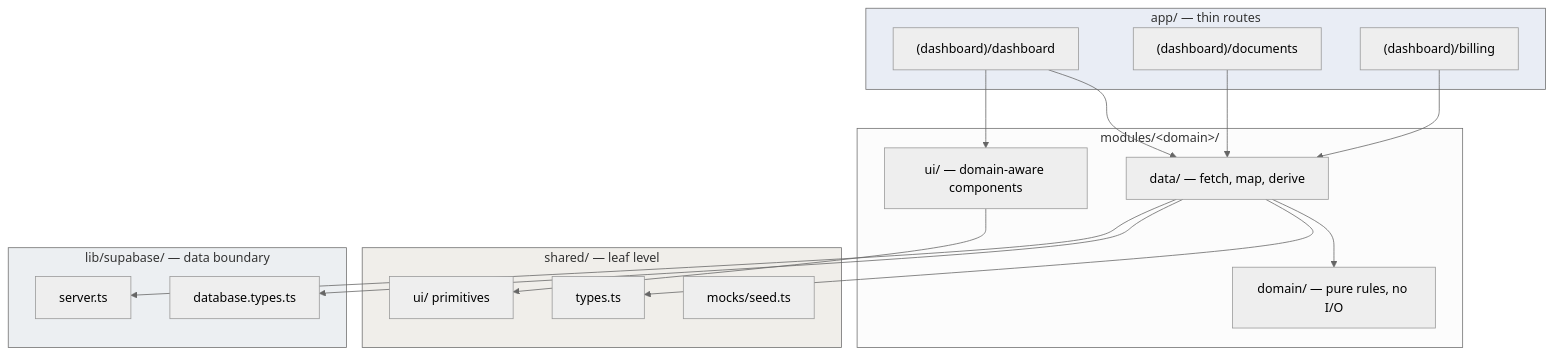
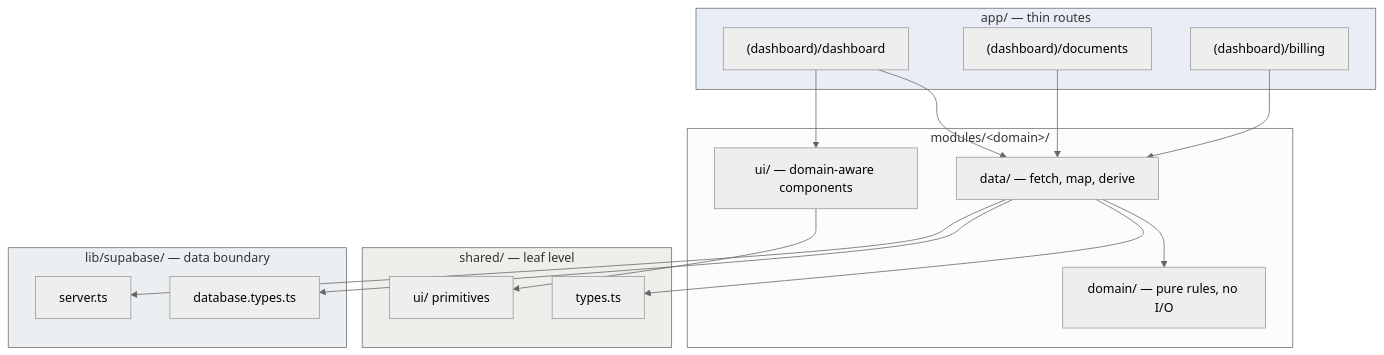
The fourth of 6 diagrams in docs/ARCHITECTURE_DIAGRAMS.md (shuakyle21/tesda-compliance-manager), drawn with Mermaid (neutral theme) before and after one commit. The commit also changed other lines of this file and 7 other files, not shown here.

````diff
--- a/docs/ARCHITECTURE_DIAGRAMS.md
+++ b/docs/ARCHITECTURE_DIAGRAMS.md
@@ -134,40 +134,39 @@
 ```mermaid
 flowchart TB
     subgraph App["app/ — thin routes"]
         Dashboard["(dashboard)/dashboard"]
         Documents["(dashboard)/documents"]
         Billing["(dashboard)/billing"]
     end
 
     subgraph Modules["modules/&lt;domain&gt;/"]
         Data["data/ — fetch, map, derive"]
         Domain["domain/ — pure rules, no I/O"]
         UI["ui/ — domain-aware components"]
     end
 
     subgraph Shared["shared/ — leaf level"]
         SharedUI["ui/ primitives"]
         SharedTypes["types.ts"]
-        SharedMocks["mocks/seed.ts"]
     end
 
     subgraph LibSupabase["lib/supabase/ — data boundary"]
         Server["server.ts"]
         DBTypes["database.types.ts"]
     end
 
     Dashboard --> Data
     Documents --> Data
     Billing --> Data
     Dashboard --> UI
 
     Data --> Domain
     Data --> SharedTypes
     Data --> DBTypes
     Data --> Server
     UI --> SharedUI
 
     style App fill:#e9edf5
     style Shared fill:#f0eeea
     style LibSupabase fill:#eceff2
 ```
````
